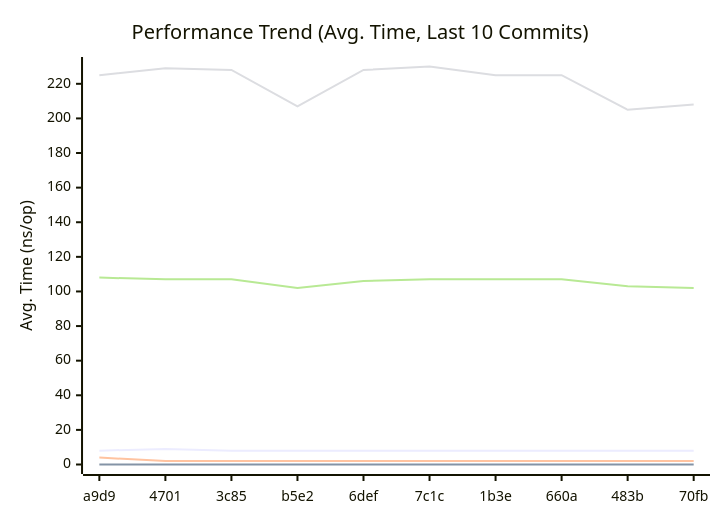
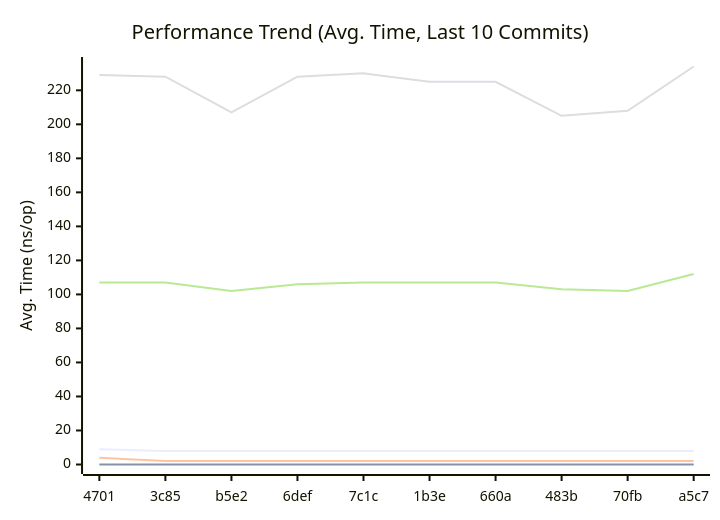
One commit to alsotoes/momo changed the first of 3 diagrams in doc/README.md. Above: the diagram before and after it, drawn with Mermaid. The commit also changed other lines of this file and 1 other file, not shown here.

````diff
--- a/doc/README.md
+++ b/doc/README.md
@@ -290,12 +290,12 @@
 ```mermaid
 xychart-beta
     title "Performance Trend (Avg. Time, Last 10 Commits)"
     x-axis "Commit"
     y-axis "Avg. Time (ns/op)"
-    x-axis [a9d9,4701,3c85,b5e2,6def,7c1c,1b3e,660a,483b,70fb]
-    line "CheckMetricsAndSwap" [8,9,8,8,8,8,8,8,8,8]
+    x-axis [4701,3c85,b5e2,6def,7c1c,1b3e,660a,483b,70fb,a5c7]
+    line "CheckMetricsAndSwap" [9,8,8,8,8,8,8,8,8,8]
     line "IndexDirectTracking" [0,0,0,0,0,0,0,0,0,0]
     line "IndexSearch" [4,2,2,2,2,2,2,2,2,2]
-    line "ParseReplicationOrder_NoPrealloc" [225,229,228,207,228,230,225,225,205,208]
-    line "ParseReplicationOrder_Prealloc" [108,107,107,102,106,107,107,107,103,102]
+    line "ParseReplicationOrder_NoPrealloc" [229,228,207,228,230,225,225,205,208,234]
+    line "ParseReplicationOrder_Prealloc" [107,107,102,106,107,107,107,103,102,112]
 ```
````
